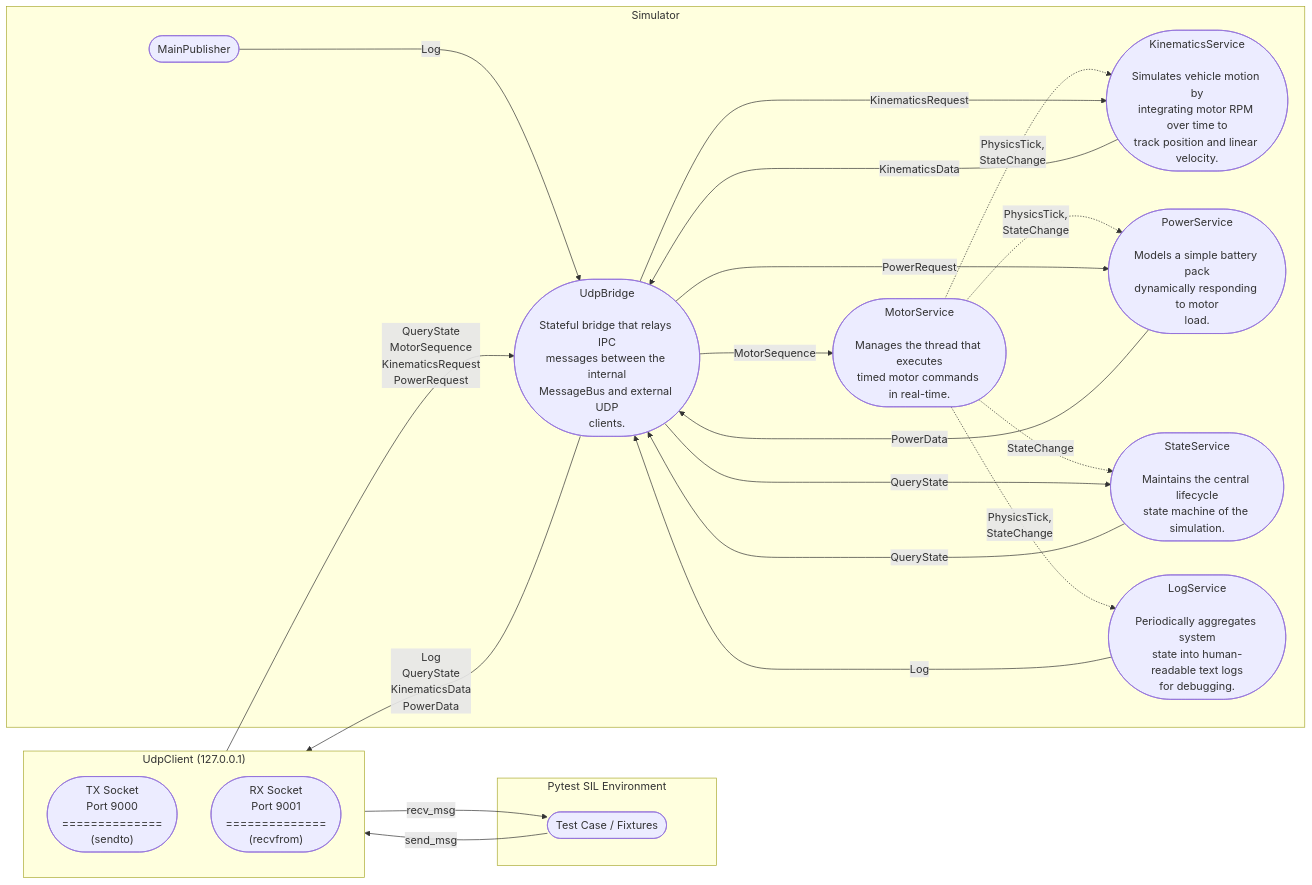
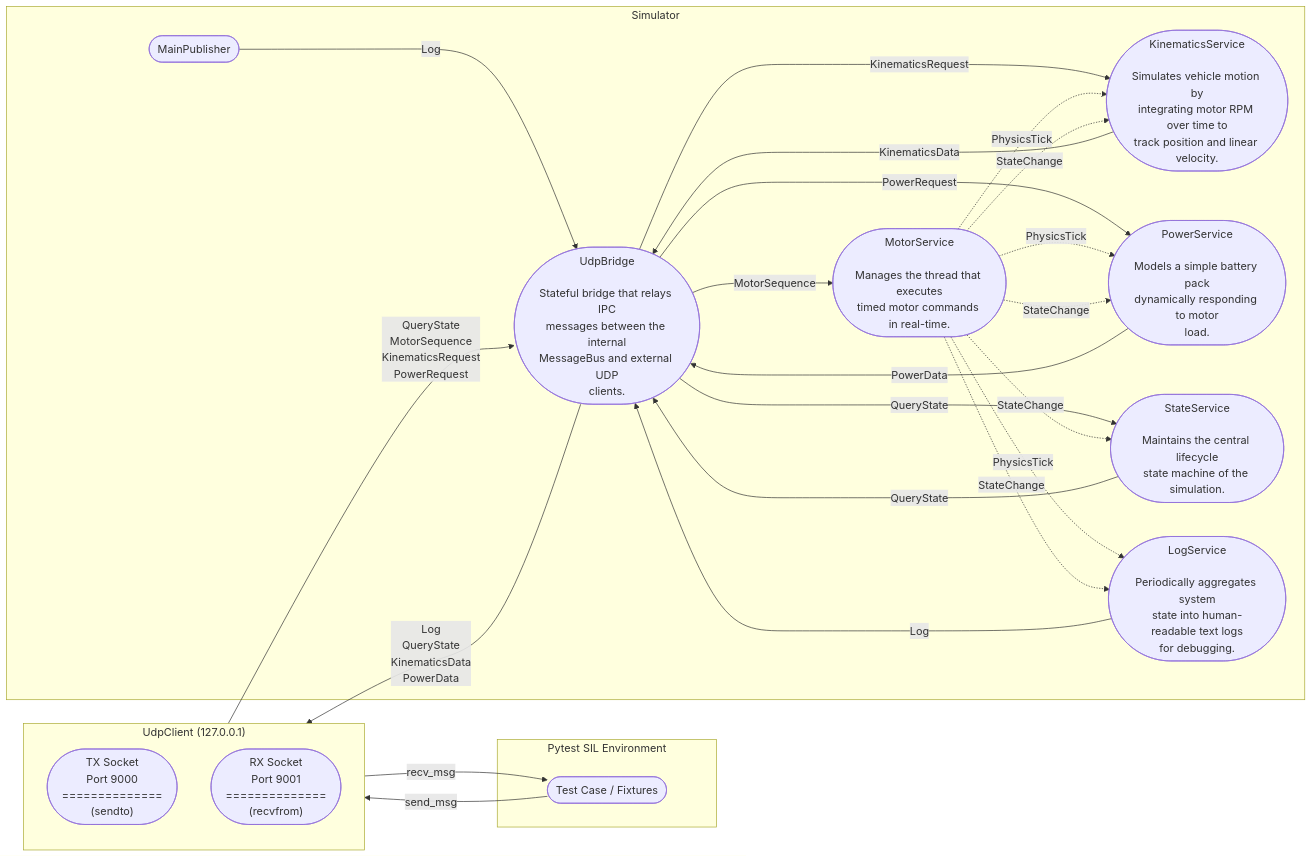
One commit to AxelBjork/reflect_pytest changed the diagram in doc/ipc_protocol.md. Above: the diagram before and after it, drawn with Mermaid. The commit also changed other lines of this file and 9 other files, not shown here.

````diff
--- a/doc/ipc_protocol.md
+++ b/doc/ipc_protocol.md
@@ -43,50 +43,50 @@
 ```mermaid
 flowchart LR
     %% ─── COLUMN 1: Pytest Test Harness ───
     subgraph py["Pytest SIL Environment"]
         TestCase(["Test Case / Fixtures"])
     end
 
     %% ─── COLUMN 2: Python UDP Client & Kernel Routing ───
     subgraph net["UdpClient (127.0.0.1)"]
         direction TB
         TX(["TX Socket<br/>Port 9000<br/>==============<br/>(sendto)"])
         RX(["RX Socket<br/>Port 9001<br/>==============<br/>(recvfrom)"])
     end
 
     %% ─── COLUMN 3: C++ SUT ───
     subgraph sim["Simulator"]
         MotorService(["MotorService<br/><br/>Manages the thread that executes<br/>timed motor commands in real-time."])
         KinematicsService(["KinematicsService<br/><br/>Simulates vehicle motion by<br/>integrating motor RPM over time to<br/>track position and linear velocity."])
         PowerService(["PowerService<br/><br/>Models a simple battery pack<br/>dynamically responding to motor<br/>load."])
         StateService(["StateService<br/><br/>Maintains the central lifecycle<br/>state machine of the simulation."])
         LogService(["LogService<br/><br/>Periodically aggregates system<br/>state into human-readable text logs<br/>for debugging."])
         UdpBridge(["UdpBridge<br/><br/>Stateful bridge that relays IPC<br/>messages between the internal<br/>MessageBus and external UDP<br/>clients."])
         MainPublisher(["MainPublisher"])
-
-        %% Pure Internal Messages
-        MotorService -.->|PhysicsTick,<br/>StateChange| KinematicsService
-        MotorService -.->|PhysicsTick,<br/>StateChange| PowerService
-        MotorService -.->|StateChange| StateService
-        MotorService -.->|PhysicsTick,<br/>StateChange| LogService
-
         %% Bridge Distribution
         LogService -->|Log| UdpBridge
         MainPublisher -->|Log| UdpBridge
         UdpBridge -->|QueryState| StateService
         StateService -->|QueryState| UdpBridge
         UdpBridge -->|MotorSequence| MotorService
         UdpBridge -->|KinematicsRequest| KinematicsService
         KinematicsService -->|KinematicsData| UdpBridge
         UdpBridge -->|PowerRequest| PowerService
         PowerService -->|PowerData| UdpBridge
+        MotorService -.->|PhysicsTick| KinematicsService
+        MotorService -.->|PhysicsTick| PowerService
+        MotorService -.->|PhysicsTick| LogService
+        MotorService -.->|StateChange| KinematicsService
+        MotorService -.->|StateChange| PowerService
+        MotorService -.->|StateChange| StateService
+        MotorService -.->|StateChange| LogService
     end
 
     %% ─── INBOUND PATH ───
     TestCase -->|send_msg| TX
     TX -->|"QueryState<br/>MotorSequence<br/>KinematicsRequest<br/>PowerRequest"| UdpBridge
 
     %% ─── OUTBOUND PATH ───
     UdpBridge -->|"Log<br/>QueryState<br/>KinematicsData<br/>PowerData"| RX
     RX -->|recv_msg| TestCase
 ```
````
